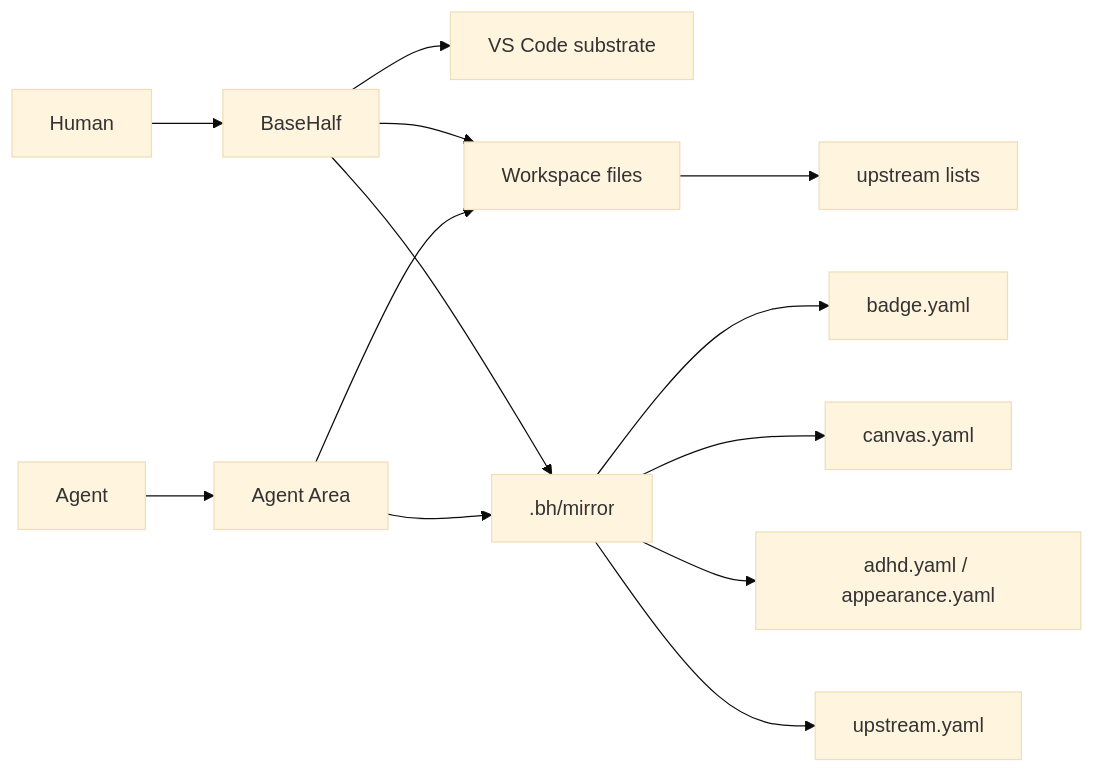
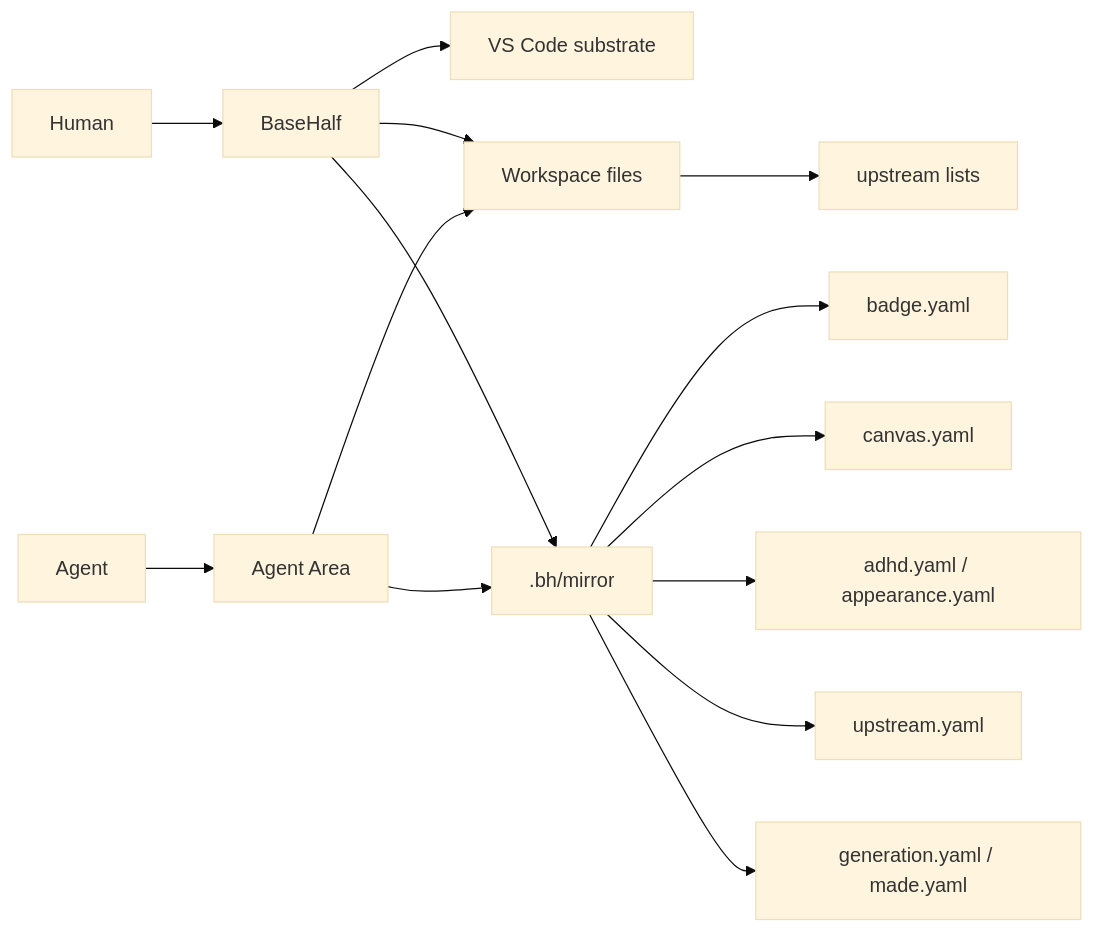
One commit to Pointa-Labs/basehalf changed the diagram in README.md. Above: the diagram before and after it, drawn with Mermaid (base theme). The commit also changed other lines of this file and 44 other files, not shown here.

````diff
--- a/README.md
+++ b/README.md
@@ -121,17 +123,18 @@
 ```mermaid
 flowchart LR
   human["Human"] --> app["BaseHalf"]
   app --> substrate["VS Code substrate"]
   app --> files["Workspace files"]
   app --> mirror[".bh/mirror"]
 
   agent["Agent"] --> area["Agent Area"]
   area --> files
   area --> mirror
 
   files --> upstream["upstream lists"]
   mirror --> badge["badge.yaml"]
   mirror --> canvas["canvas.yaml"]
   mirror --> aids["adhd.yaml / appearance.yaml"]
   mirror --> sidecar["upstream.yaml"]
+  mirror --> generation["generation.yaml / made.yaml"]
 ```
````
